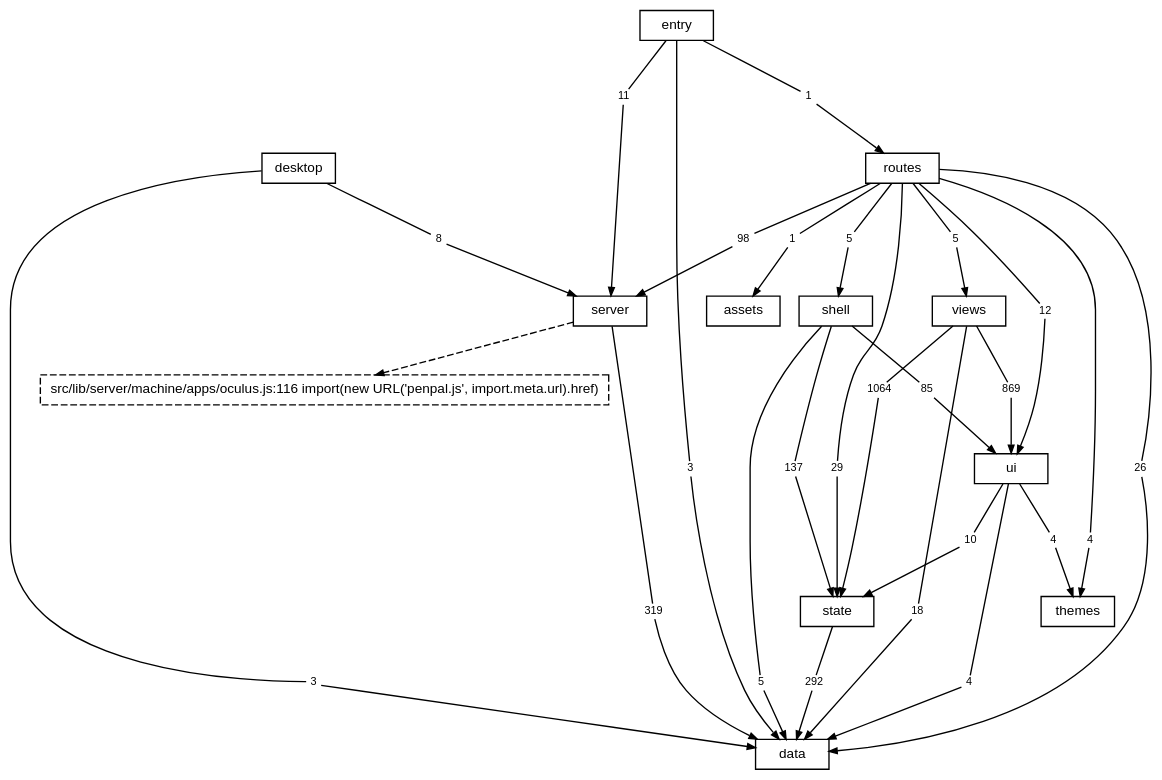
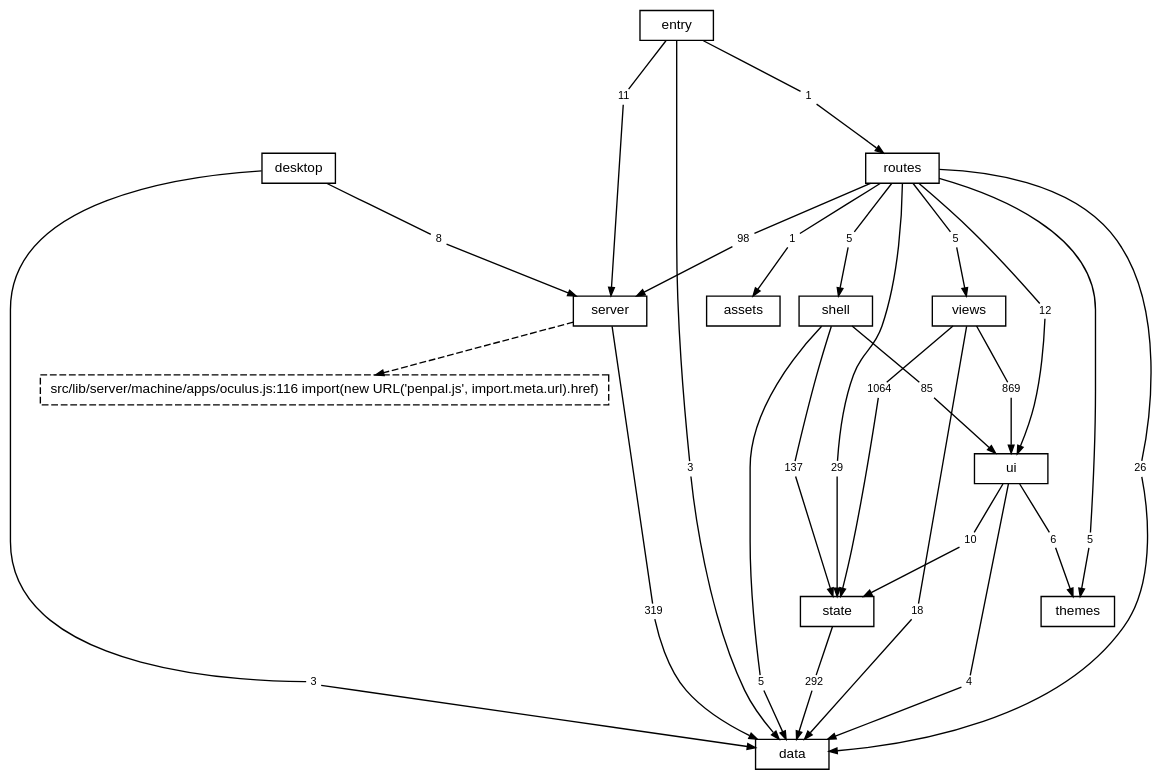
One commit to TheAxeC/oculus changed the diagram in docs/diagrams/layers.dot. Above: the diagram before and after it, drawn with Graphviz. The commit also changed 29 other files, not shown here.

```diff
--- a/docs/diagrams/layers.dot
+++ b/docs/diagrams/layers.dot
@@ -1,90 +1,90 @@
 digraph layers {
     graph [bgcolor="transparent", rankdir=TB, newrank=true, fontname="Helvetica,Arial,sans-serif", fontsize=12, nodesep=0.2, ranksep=0.5];
     node [shape=box, color="black", fontcolor="black", fontname="Helvetica,Arial,sans-serif", fontsize=10, height=0.3, margin="0.12,0.04"];
     edge [color="black", fontcolor="black", fontname="Helvetica,Arial,sans-serif", fontsize=8, arrowsize=0.6];
     "data";
     "server";
     "state";
     "ui";
     "shell";
     "views";
     "themes";
     "routes";
     "desktop";
     "src" [label="entry"];
     "files: assets" [label="assets"];
     "? src/lib/server/machine/apps/oculus.js:116" [label="src/lib/server/machine/apps/oculus.js:116 import(new URL('penpal.js', import.meta.url).href)", style=dashed];
     "desktop to data" [label="3", shape=box, color="transparent", fontsize=8, width=0, height=0, margin="0.04,0.02"];
     "desktop" -> "desktop to data" [arrowhead=none];
     "desktop to data" -> "data" [];
     "desktop to server" [label="8", shape=box, color="transparent", fontsize=8, width=0, height=0, margin="0.04,0.02"];
     "desktop" -> "desktop to server" [arrowhead=none];
     "desktop to server" -> "server" [];
     "routes to data" [label="26", shape=box, color="transparent", fontsize=8, width=0, height=0, margin="0.04,0.02"];
     "routes" -> "routes to data" [arrowhead=none];
     "routes to data" -> "data" [];
     "routes to files: assets" [label="1", shape=box, color="transparent", fontsize=8, width=0, height=0, margin="0.04,0.02"];
     "routes" -> "routes to files: assets" [arrowhead=none];
     "routes to files: assets" -> "files: assets" [];
     "routes to server" [label="98", shape=box, color="transparent", fontsize=8, width=0, height=0, margin="0.04,0.02"];
     "routes" -> "routes to server" [arrowhead=none];
     "routes to server" -> "server" [];
     "routes to shell" [label="5", shape=box, color="transparent", fontsize=8, width=0, height=0, margin="0.04,0.02"];
     "routes" -> "routes to shell" [arrowhead=none];
     "routes to shell" -> "shell" [];
     "routes to state" [label="29", shape=box, color="transparent", fontsize=8, width=0, height=0, margin="0.04,0.02"];
     "routes" -> "routes to state" [arrowhead=none];
     "routes to state" -> "state" [];
-    "routes to themes" [label="4", shape=box, color="transparent", fontsize=8, width=0, height=0, margin="0.04,0.02"];
+    "routes to themes" [label="5", shape=box, color="transparent", fontsize=8, width=0, height=0, margin="0.04,0.02"];
     "routes" -> "routes to themes" [arrowhead=none];
     "routes to themes" -> "themes" [];
     "routes to ui" [label="12", shape=box, color="transparent", fontsize=8, width=0, height=0, margin="0.04,0.02"];
     "routes" -> "routes to ui" [arrowhead=none];
     "routes to ui" -> "ui" [];
     "routes to views" [label="5", shape=box, color="transparent", fontsize=8, width=0, height=0, margin="0.04,0.02"];
     "routes" -> "routes to views" [arrowhead=none];
     "routes to views" -> "views" [];
     "server to data" [label="319", shape=box, color="transparent", fontsize=8, width=0, height=0, margin="0.04,0.02"];
     "server" -> "server to data" [arrowhead=none];
     "server to data" -> "data" [];
     "shell to data" [label="5", shape=box, color="transparent", fontsize=8, width=0, height=0, margin="0.04,0.02"];
     "shell" -> "shell to data" [arrowhead=none];
     "shell to data" -> "data" [];
     "shell to state" [label="137", shape=box, color="transparent", fontsize=8, width=0, height=0, margin="0.04,0.02"];
     "shell" -> "shell to state" [arrowhead=none];
     "shell to state" -> "state" [];
     "shell to ui" [label="85", shape=box, color="transparent", fontsize=8, width=0, height=0, margin="0.04,0.02"];
     "shell" -> "shell to ui" [arrowhead=none];
     "shell to ui" -> "ui" [];
     "src to data" [label="3", shape=box, color="transparent", fontsize=8, width=0, height=0, margin="0.04,0.02"];
     "src" -> "src to data" [arrowhead=none];
     "src to data" -> "data" [];
     "src to routes" [label="1", shape=box, color="transparent", fontsize=8, width=0, height=0, margin="0.04,0.02"];
     "src" -> "src to routes" [arrowhead=none];
     "src to routes" -> "routes" [];
     "src to server" [label="11", shape=box, color="transparent", fontsize=8, width=0, height=0, margin="0.04,0.02"];
     "src" -> "src to server" [arrowhead=none];
     "src to server" -> "server" [];
     "state to data" [label="292", shape=box, color="transparent", fontsize=8, width=0, height=0, margin="0.04,0.02"];
     "state" -> "state to data" [arrowhead=none];
     "state to data" -> "data" [];
     "ui to data" [label="4", shape=box, color="transparent", fontsize=8, width=0, height=0, margin="0.04,0.02"];
     "ui" -> "ui to data" [arrowhead=none];
     "ui to data" -> "data" [];
     "ui to state" [label="10", shape=box, color="transparent", fontsize=8, width=0, height=0, margin="0.04,0.02"];
     "ui" -> "ui to state" [arrowhead=none];
     "ui to state" -> "state" [];
-    "ui to themes" [label="4", shape=box, color="transparent", fontsize=8, width=0, height=0, margin="0.04,0.02"];
+    "ui to themes" [label="6", shape=box, color="transparent", fontsize=8, width=0, height=0, margin="0.04,0.02"];
     "ui" -> "ui to themes" [arrowhead=none];
     "ui to themes" -> "themes" [];
     "views to data" [label="18", shape=box, color="transparent", fontsize=8, width=0, height=0, margin="0.04,0.02"];
     "views" -> "views to data" [arrowhead=none];
     "views to data" -> "data" [];
     "views to state" [label="1064", shape=box, color="transparent", fontsize=8, width=0, height=0, margin="0.04,0.02"];
     "views" -> "views to state" [arrowhead=none];
     "views to state" -> "state" [];
     "views to ui" [label="869", shape=box, color="transparent", fontsize=8, width=0, height=0, margin="0.04,0.02"];
     "views" -> "views to ui" [arrowhead=none];
     "views to ui" -> "ui" [];
     "server" -> "? src/lib/server/machine/apps/oculus.js:116" [style=dashed];
 }
```
